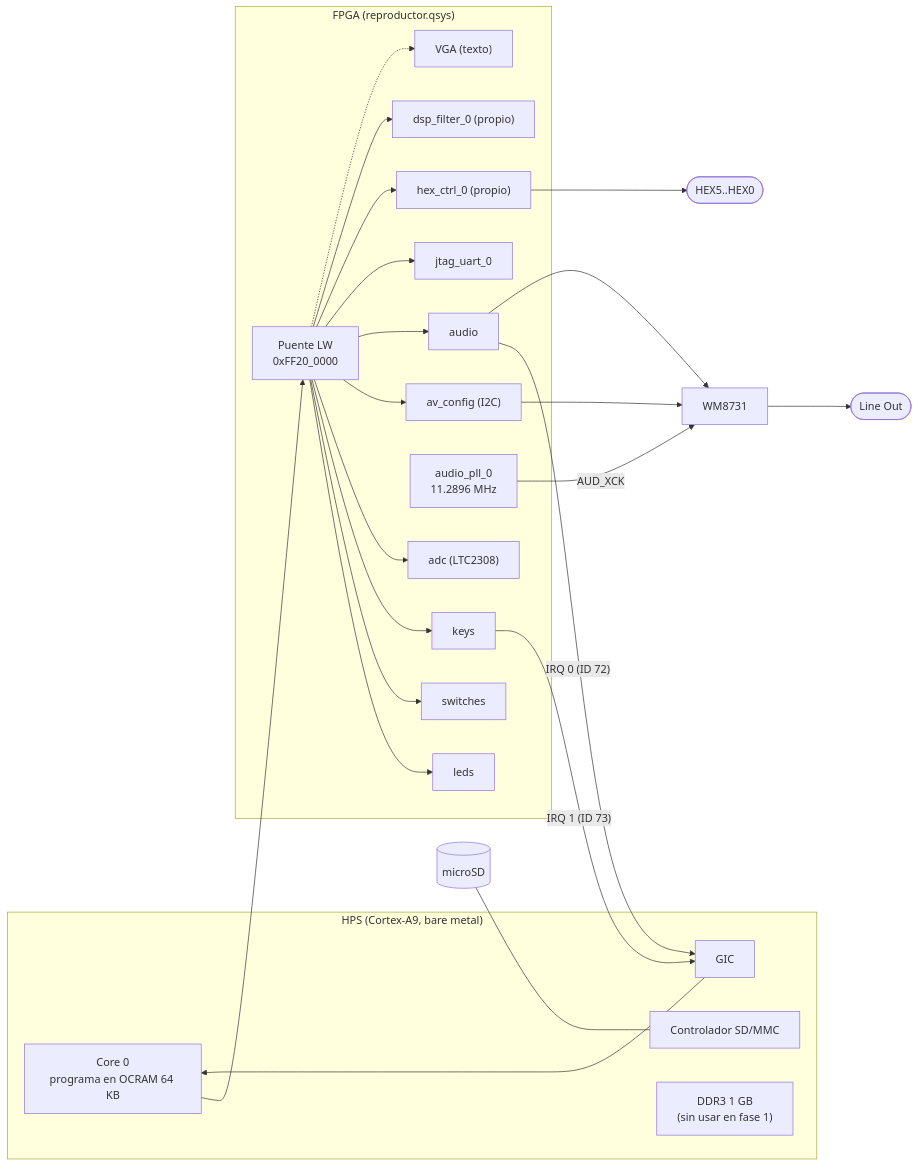
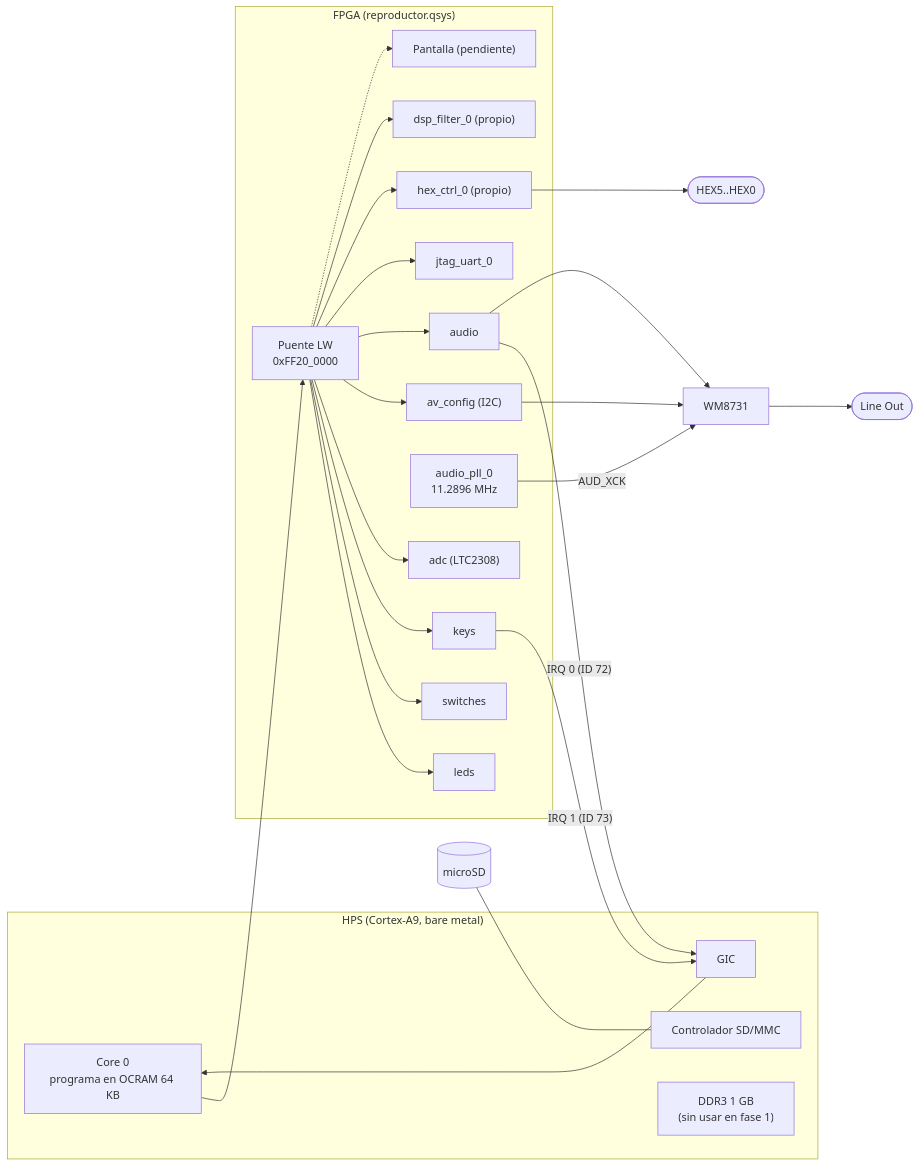
The diagram in docs/README.md (ProyectosCE/CE1113_P2), drawn with Mermaid before and after one commit. The commit also changed other lines of this file and 52 other files, not shown here.

````diff
--- a/docs/README.md
+++ b/docs/README.md
@@ -37,35 +41,35 @@
 ```mermaid
 flowchart LR
     subgraph HPS["HPS (Cortex-A9, bare metal)"]
         CPU["Core 0<br/>programa en OCRAM 64 KB"]
         GIC["GIC"]
         SD["Controlador SD/MMC"]
         DDR["DDR3 1 GB<br/>(sin usar en fase 1)"]
     end
     subgraph FPGA["FPGA (reproductor.qsys)"]
         LW["Puente LW<br/>0xFF20_0000"]
         LEDS["leds"]
         SW["switches"]
         KEYS["keys"]
         ADC["adc (LTC2308)"]
         AVC["av_config (I2C)"]
         AUD["audio"]
         PLL["audio_pll_0<br/>11.2896 MHz"]
         JU["jtag_uart_0"]
         HEX["hex_ctrl_0 (propio)"]
         DSP["dsp_filter_0 (propio)"]
-        VGA["VGA (texto)"]
+        VGA["Pantalla (pendiente)"]
     end
     MSD[("microSD")] --- SD
     CPU --> LW
     LW --> LEDS & SW & KEYS & ADC & AVC & AUD & JU & HEX & DSP
     LW -.-> VGA
     HEX --> DISP(["HEX5..HEX0"])
     KEYS -- "IRQ 1 (ID 73)" --> GIC
     AUD -- "IRQ 0 (ID 72)" --> GIC
     GIC --> CPU
     AVC --> CODEC["WM8731"]
     AUD --> CODEC
     PLL -- AUD_XCK --> CODEC
     CODEC --> OUT(["Line Out"])
 ```
````
